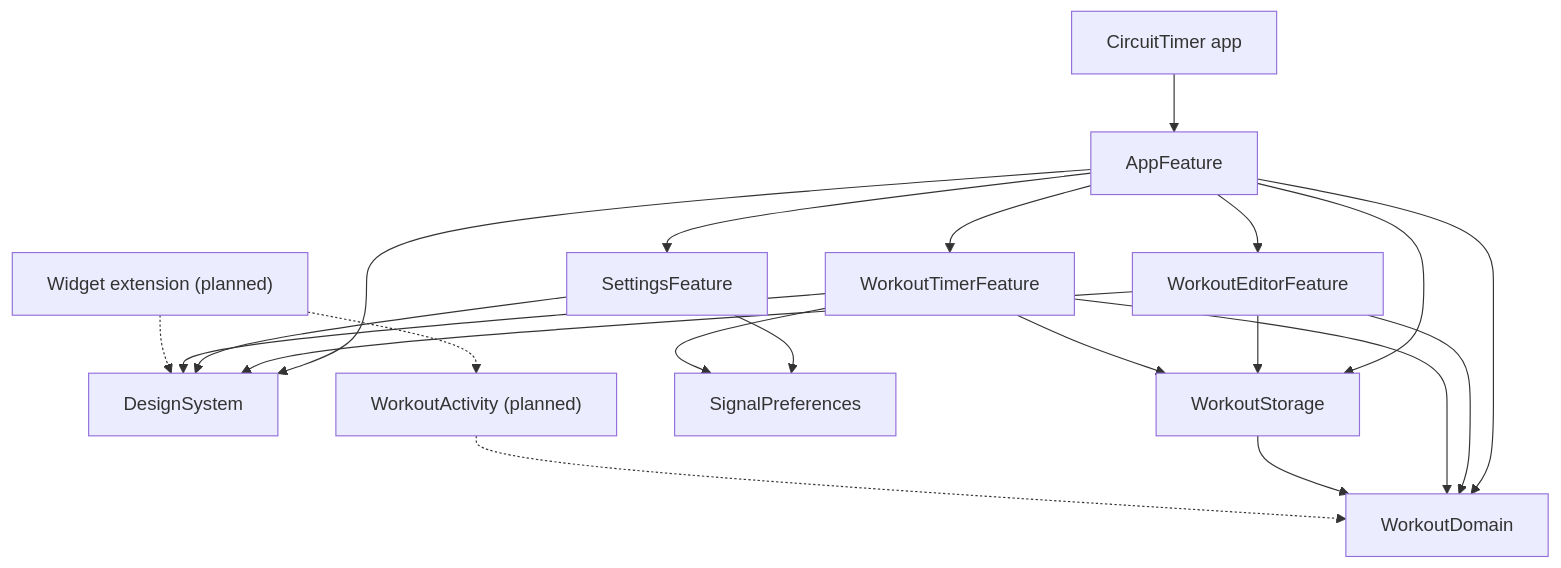
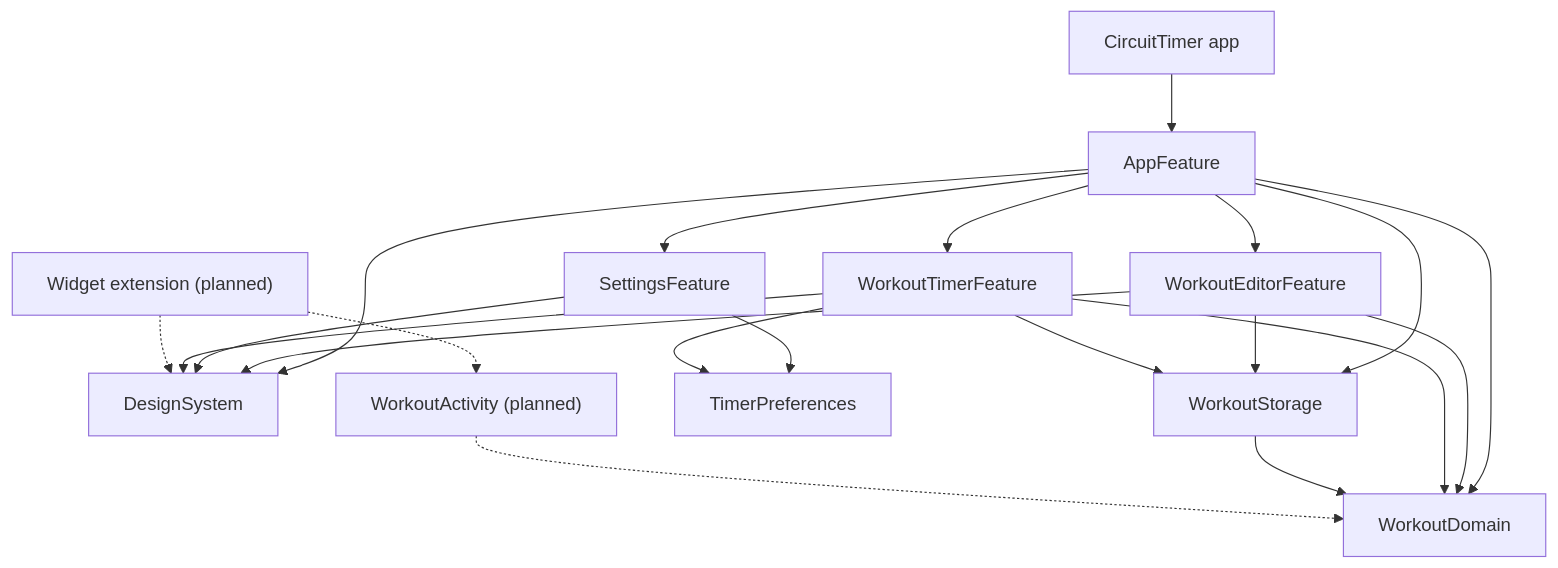
Before and after one commit to akrementsov/CircuitTimer: the diagram in README.md, drawn with Mermaid. The commit also changed other lines of this file and 10 other files, not shown here.

````diff
--- a/README.md
+++ b/README.md
@@ -22,23 +22,23 @@
 ```mermaid
 graph TD
     App["CircuitTimer app"] --> AppFeature
     AppFeature --> DesignSystem
     AppFeature --> WorkoutStorage
     AppFeature --> WorkoutDomain
     AppFeature --> WorkoutEditorFeature
     AppFeature --> SettingsFeature
     AppFeature --> WorkoutTimerFeature
     WorkoutEditorFeature --> DesignSystem
     WorkoutEditorFeature --> WorkoutStorage
     WorkoutEditorFeature --> WorkoutDomain
-    SettingsFeature --> SignalPreferences
-    WorkoutTimerFeature --> SignalPreferences
+    SettingsFeature --> TimerPreferences
+    WorkoutTimerFeature --> TimerPreferences
     SettingsFeature --> DesignSystem
     WorkoutTimerFeature --> DesignSystem
     WorkoutTimerFeature --> WorkoutDomain
     WorkoutTimerFeature --> WorkoutStorage
     WorkoutStorage --> WorkoutDomain
     Widget["Widget extension (planned)"] -.-> WorkoutActivity["WorkoutActivity (planned)"]
     Widget -.-> DesignSystem
     WorkoutActivity -.-> WorkoutDomain
 ```
````
